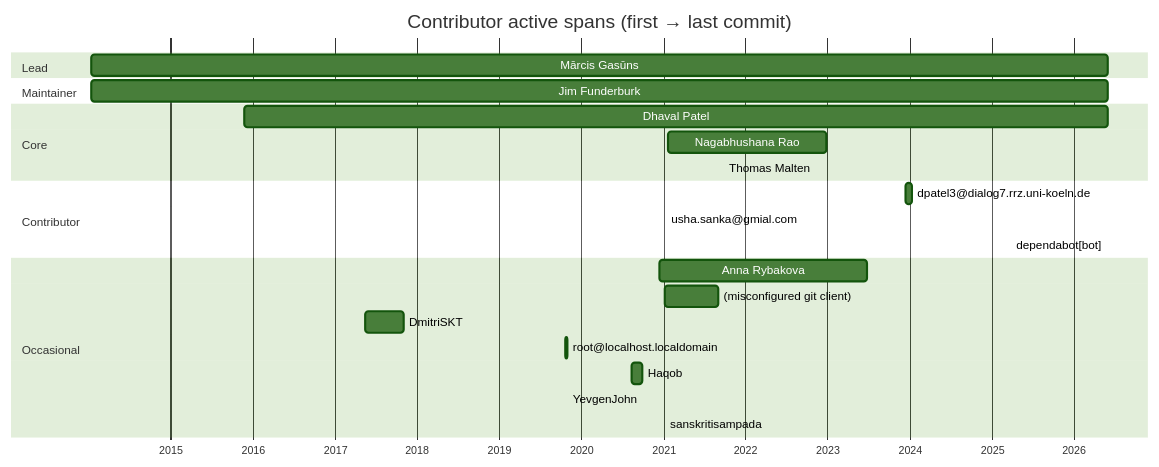
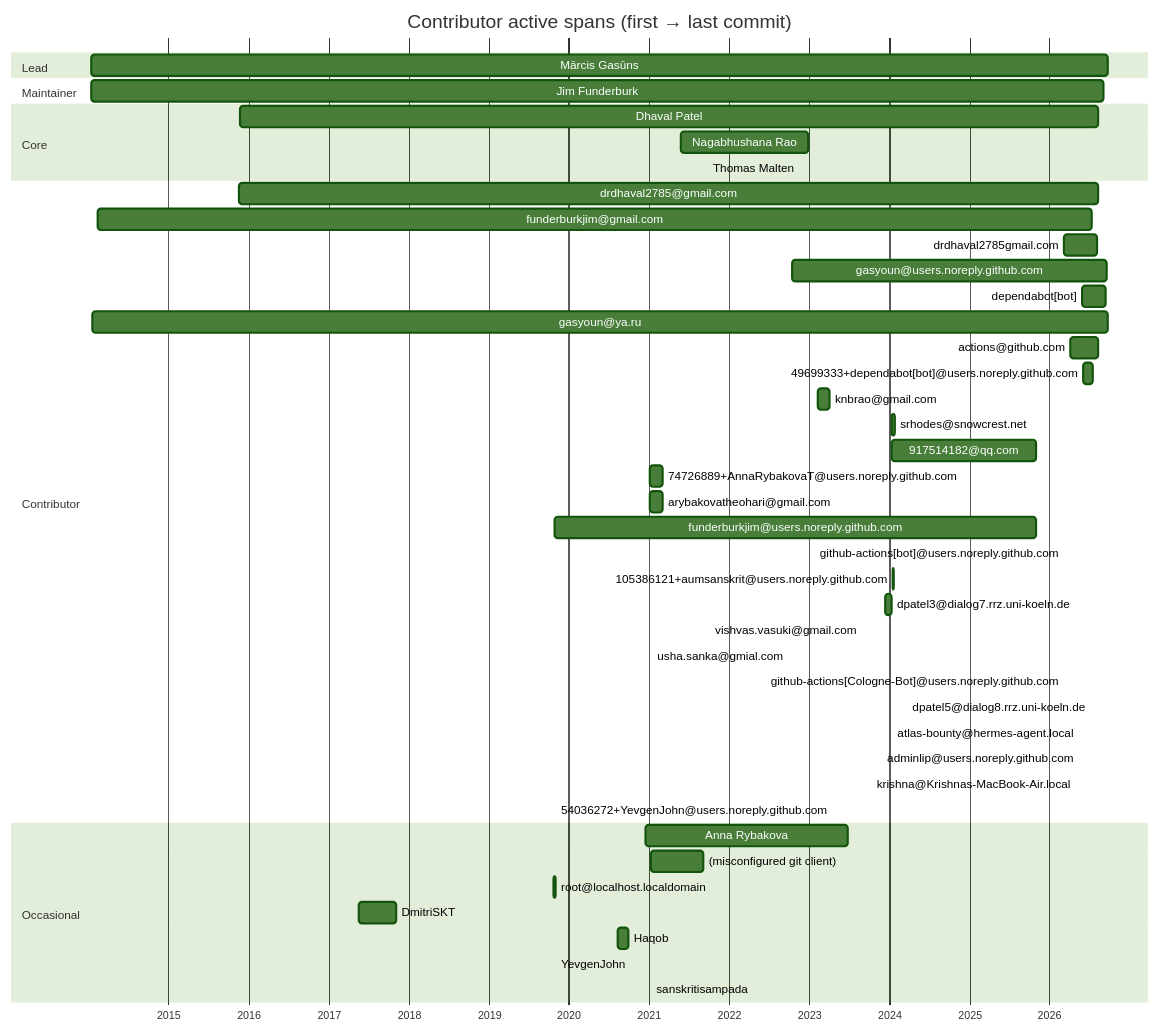
One commit to sanskrit-lexicon/csl-observatory changed the diagram in reports/timeline.md. Above: the diagram before and after it, drawn with Mermaid (forest theme). The commit also changed other lines of this file and 11 other files, not shown here.

````diff
--- a/reports/timeline.md
+++ b/reports/timeline.md
@@ -9,26 +7,48 @@
 ```mermaid
 gantt
     title Contributor active spans (first → last commit)
     dateFormat YYYY-MM-DD
     axisFormat %Y
     section Lead
-    Mārcis Gasūns :2014-01-14, 2026-05-31
+    Mārcis Gasūns :2014-01-14, 2026-09-24
     section Maintainer
-    Jim Funderburk :2014-01-15, 2026-06-01
+    Jim Funderburk :2014-01-15, 2026-09-05
     section Core
-    Dhaval Patel :2015-11-24, 2026-06-01
-    Nagabhushana Rao :2021-01-23, 2022-12-26
+    Dhaval Patel :2015-11-24, 2026-08-11
+    Nagabhushana Rao :2021-05-28, 2022-12-26
     Thomas Malten :2021-09-26, 2021-09-26
     section Contributor
+    drdhaval2785@gmail.com :2015-11-19, 2026-08-13
+    funderburkjim@gmail.com :2014-02-12, 2026-07-14
+    drdhaval2785gmail.com :2026-03-09, 2026-08-04
+    gasyoun@users.noreply.github.com :2022-10-15, 2026-09-20
+    dependabot[bot] :2026-05-29, 2026-09-14
+    gasyoun@ya.ru :2014-01-21, 2026-09-24
+    actions@github.com :2026-04-08, 2026-08-09
+    49699333+dependabot[bot]@users.noreply.github.com :2026-06-02, 2026-07-20
+    knbrao@gmail.com :2023-02-08, 2023-04-03
+    srhodes@snowcrest.net :2024-01-14, 2024-01-28
+    917514182@qq.com :2024-01-13, 2025-11-01
+    74726889+AnnaRybakovaT@users.noreply.github.com :2021-01-06, 2021-03-06
+    arybakovatheohari@gmail.com :2021-01-04, 2021-03-06
+    funderburkjim@users.noreply.github.com :2019-10-30, 2025-11-01
+    github-actions[bot]@users.noreply.github.com :2026-03-07, 2026-03-09
+    105386121+aumsanskrit@users.noreply.github.com :2024-01-16, 2024-01-20
     dpatel3@dialog7.rrz.uni-koeln.de :2023-12-15, 2024-01-12
+    vishvas.vasuki@gmail.com :2021-10-05, 2021-10-07
     usha.sanka@gmial.com :2021-01-13, 2021-01-13
-    dependabot[bot] :2026-05-29, 2026-05-29
+    github-actions[Cologne-Bot]@users.noreply.github.com :2026-03-09, 2026-03-09
+    dpatel5@dialog8.rrz.uni-koeln.de :2026-07-07, 2026-07-07
+    atlas-bounty@hermes-agent.local :2026-05-15, 2026-05-15
+    adminlip@users.noreply.github.com :2026-05-15, 2026-05-15
+    krishna@Krishnas-MacBook-Air.local :2023-10-12, 2023-10-12
+    54036272+YevgenJohn@users.noreply.github.com :2019-10-31, 2019-10-31
     section Occasional
     Anna Rybakova :2020-12-15, 2023-06-25
     (misconfigured git client) :2021-01-09, 2021-09-03
+    root@localhost.localdomain :2019-10-21, 2019-10-31
     DmitriSKT :2017-05-18, 2017-11-05
-    root@localhost.localdomain :2019-10-21, 2019-10-31
     Haqob :2020-08-11, 2020-09-30
     YevgenJohn :2019-10-31, 2019-10-31
     sanskritisampada :2021-01-10, 2021-01-10
 ```
````
